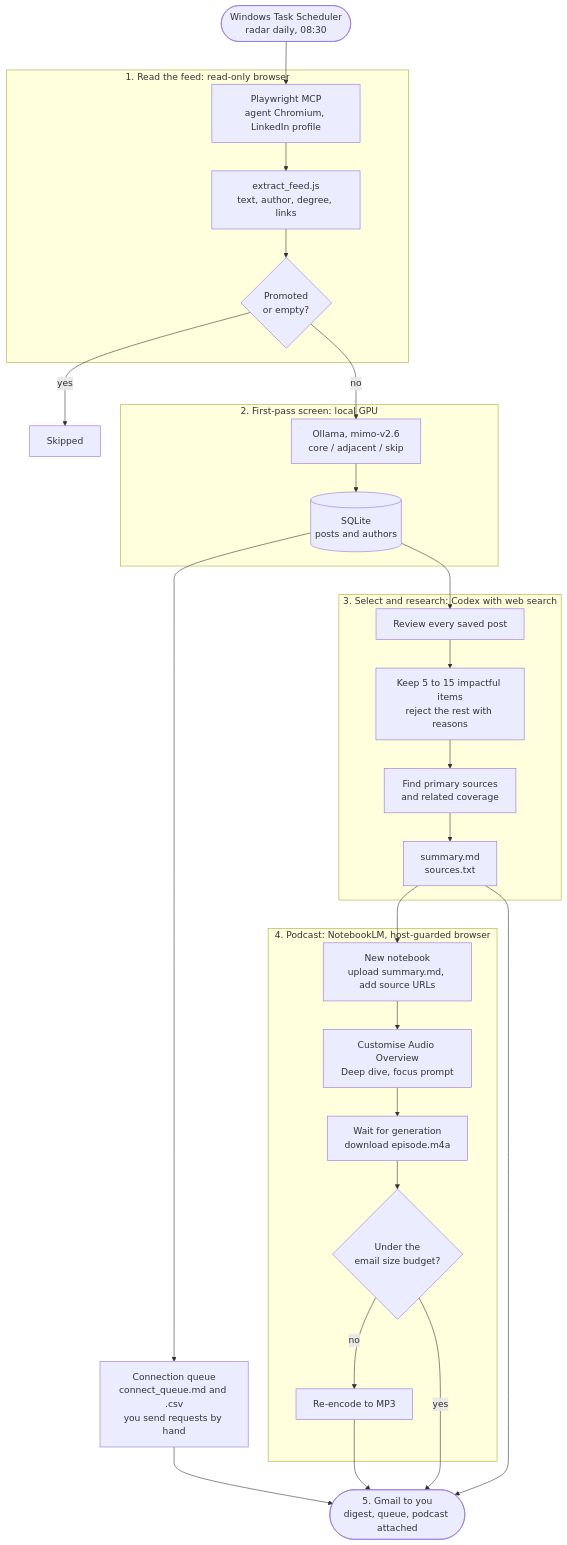
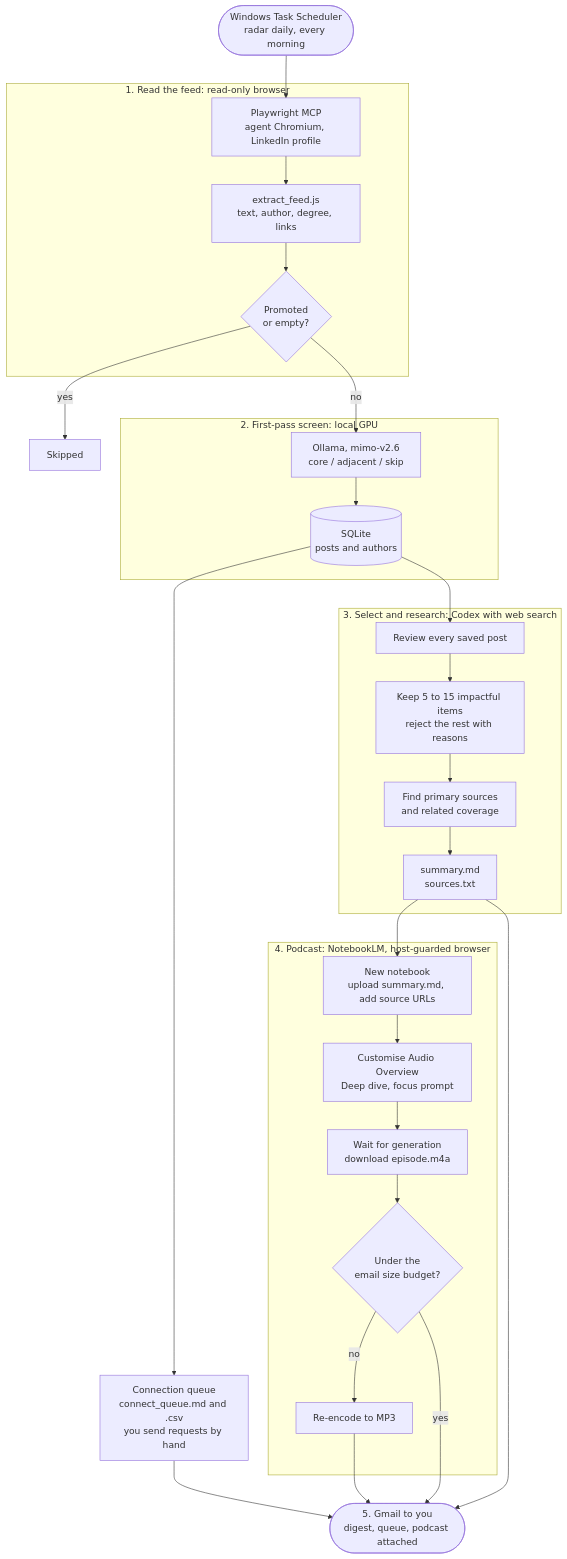
One commit to AbrarFaiyad/research-radar changed the diagram in README.md. Above: the diagram before and after it, drawn with Mermaid. The commit also changed other lines of this file and 42 other files, not shown here.

````diff
--- a/README.md
+++ b/README.md
@@ -19,39 +29,39 @@
 ```mermaid
 flowchart TD
-    T(["Windows Task Scheduler<br/>radar daily, 08:30"]) --> S1
+    T(["Windows Task Scheduler<br/>radar daily, every morning"]) --> S1
 
     subgraph SCAN["1. Read the feed: read-only browser"]
         S1["Playwright MCP<br/>agent Chromium, LinkedIn profile"] --> S2["extract_feed.js<br/>text, author, degree, links"]
         S2 --> S3{"Promoted<br/>or empty?"}
     end
 
     S3 -- yes --> DROP["Skipped"]
     S3 -- no --> L1
 
     subgraph SCREEN["2. First-pass screen: local GPU"]
         L1["Ollama, mimo-v2.6<br/>core / adjacent / skip"] --> DB[("SQLite<br/>posts and authors")]
     end
 
     DB --> Q["Connection queue<br/>connect_queue.md and .csv<br/>you send requests by hand"]
     DB --> C1
 
     subgraph RESEARCH["3. Select and research: Codex with web search"]
         C1["Review every saved post"] --> C2["Keep 5 to 15 impactful items<br/>reject the rest with reasons"]
         C2 --> C3["Find primary sources<br/>and related coverage"]
         C3 --> C4["summary.md<br/>sources.txt"]
     end
 
     subgraph PODCAST["4. Podcast: NotebookLM, host-guarded browser"]
         N1["New notebook<br/>upload summary.md, add source URLs"] --> N2["Customise Audio Overview<br/>Deep dive, focus prompt"]
         N2 --> N3["Wait for generation<br/>download episode.m4a"]
         N3 --> N4{"Under the<br/>email size budget?"}
         N4 -- no --> N5["Re-encode to MP3"]
     end
 
     C4 --> N1
     C4 --> E1
     Q --> E1
     N4 -- yes --> E1
     N5 --> E1
     E1(["5. Gmail to you<br/>digest, queue, podcast attached"])
 ```
````
